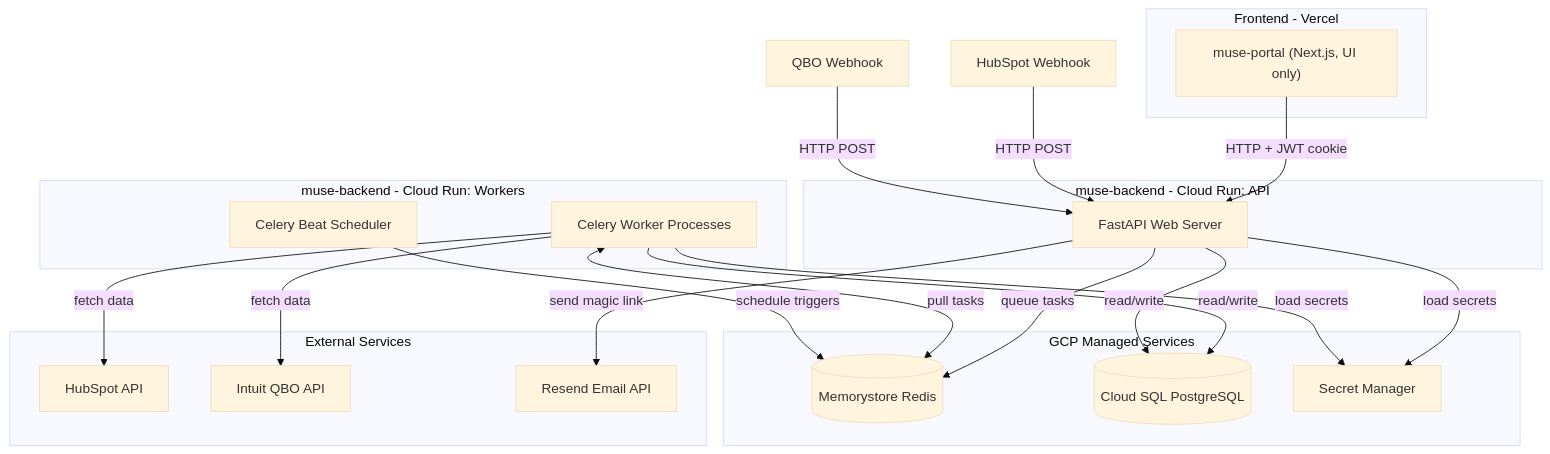
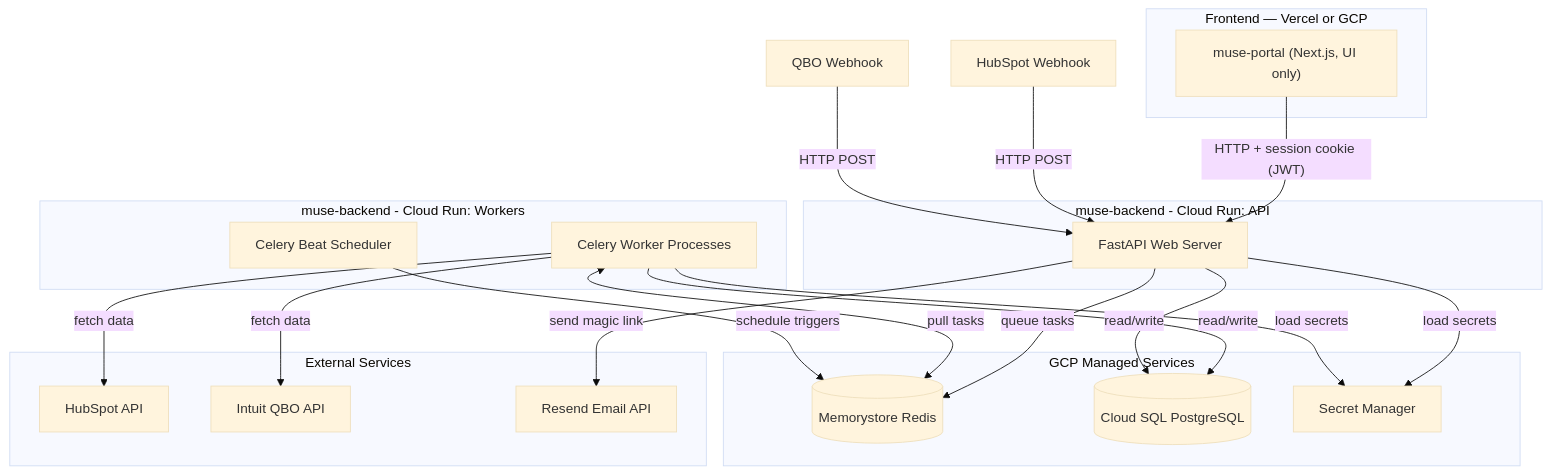
Before and after one commit to arghya-musesemi/muse-be: the first of 3 diagrams in architecture.md, drawn with Mermaid (base theme). The commit also changed other lines of this file and 2 other files, not shown here.

Commit message:
Update architecture and phase 1 documentation to clarify hosting options, cookie handling, and HubSpot deletion reconciliation. Refine Docker Compose configuration and ensure alignment with production contracts. Introduce production guardrails for CLI OAuth and enhance webhook processing details.

````diff
--- a/architecture.md
+++ b/architecture.md
@@ -45,44 +45,44 @@
 ```mermaid
 graph TD
-  subgraph frontend [Frontend - Vercel]
+  subgraph frontend [Frontend — Vercel or GCP]
     NextJS["muse-portal (Next.js, UI only)"]
   end
 
   subgraph backend [muse-backend - Cloud Run: API]
     FastAPI[FastAPI Web Server]
   end
 
   subgraph workers [muse-backend - Cloud Run: Workers]
     CeleryWorker[Celery Worker Processes]
     CeleryBeat[Celery Beat Scheduler]
   end
 
   subgraph external [External Services]
     HubSpot[HubSpot API]
     QBO[Intuit QBO API]
     Resend[Resend Email API]
   end
 
   subgraph gcp [GCP Managed Services]
     Redis[(Memorystore Redis)]
     Postgres[(Cloud SQL PostgreSQL)]
     SecretManager[Secret Manager]
   end
 
-  NextJS -->|"HTTP + JWT cookie"| FastAPI
+  NextJS -->|"HTTP + session cookie (JWT)"| FastAPI
   HubSpotWH[HubSpot Webhook] -->|HTTP POST| FastAPI
   QboWH[QBO Webhook] -->|HTTP POST| FastAPI
 
   FastAPI -->|queue tasks| Redis
   CeleryWorker <-->|pull tasks| Redis
   CeleryBeat -->|schedule triggers| Redis
 
   CeleryWorker -->|fetch data| HubSpot
   CeleryWorker -->|fetch data| QBO
   FastAPI -->|send magic link| Resend
 
   CeleryWorker -->|read/write| Postgres
   FastAPI -->|read/write| Postgres
   FastAPI -->|load secrets| SecretManager
   CeleryWorker -->|load secrets| SecretManager
 ```
````
